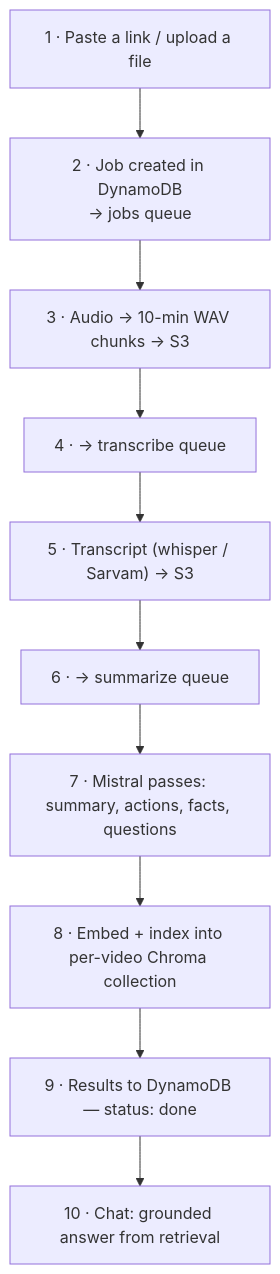
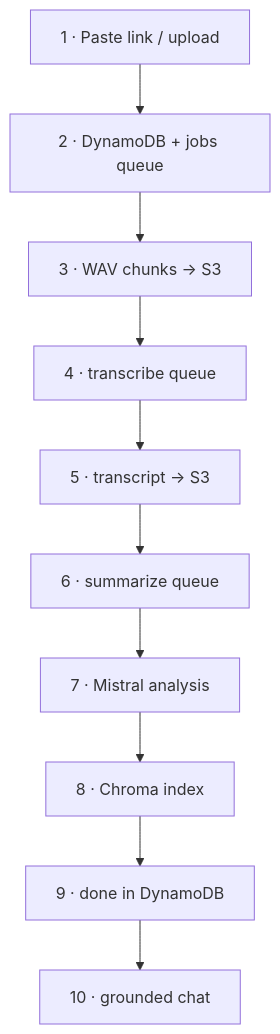
Before and after one commit to TexZ-GenZ/AI-Video-Assistant: the second of 2 diagrams in README.md, drawn with Mermaid. The commit also changed other lines of this file, not shown here.

Commit message:
docs: lifecycle diagram single-line labels (no <br/> truncation) + compact stage table

````diff
--- a/README.md
+++ b/README.md
@@ -65,12 +65,12 @@
 ```mermaid
 flowchart TB
-    A["1 · Paste a link / upload a file"] --> B["2 · Job created in DynamoDB<br/>→ jobs queue"]
-    B --> C["3 · Audio → 10-min WAV chunks → S3"]
-    C --> D["4 · → transcribe queue"]
-    D --> E["5 · Transcript (whisper / Sarvam) → S3"]
-    E --> F["6 · → summarize queue"]
-    F --> G["7 · Mistral passes: summary, actions, facts, questions"]
-    G --> H["8 · Embed + index into per-video Chroma collection"]
-    H --> I["9 · Results to DynamoDB — status: done"]
-    I --> J["10 · Chat: grounded answer from retrieval"]
+    A["1 · Paste link / upload"] --> B["2 · DynamoDB + jobs queue"]
+    B --> C["3 · WAV chunks → S3"]
+    C --> D["4 · transcribe queue"]
+    D --> E["5 · transcript → S3"]
+    E --> F["6 · summarize queue"]
+    F --> G["7 · Mistral analysis"]
+    G --> H["8 · Chroma index"]
+    H --> I["9 · done in DynamoDB"]
+    I --> J["10 · grounded chat"]
 ```
````
